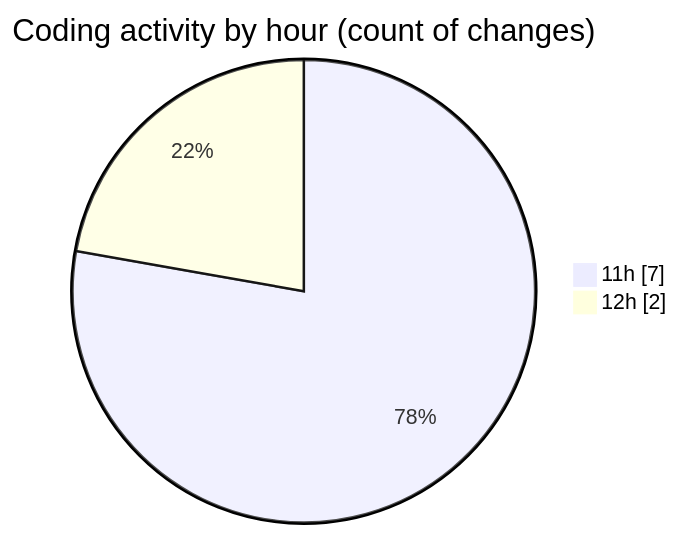
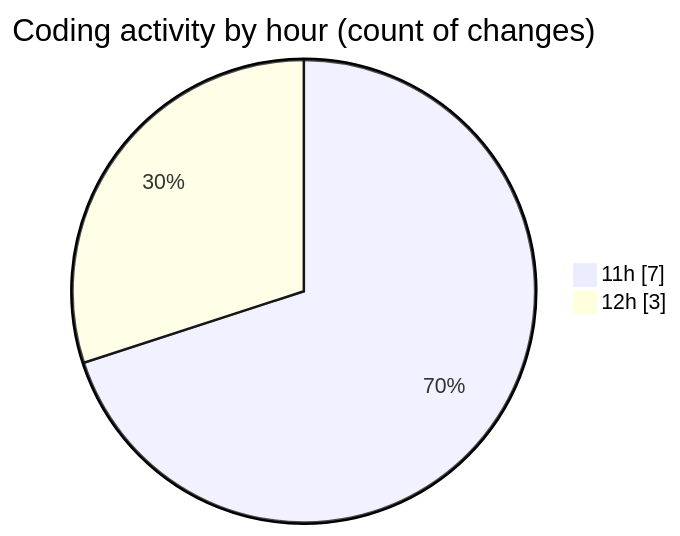
The second of 2 diagrams in 2025-10-22/untitled__workspace_/README.md (debugP/code-tracking), drawn with Mermaid before and after one commit. The commit also changed other lines of this file and 1 other file, not shown here.

````diff
--- a/2025-10-22/untitled__workspace_/README.md
+++ b/2025-10-22/untitled__workspace_/README.md
@@ -28,6 +28,6 @@
 ```mermaid
 pie showData
 title Coding activity by hour (count of changes)
 "11h" : 7
-"12h" : 2
+"12h" : 3
 ```
````
